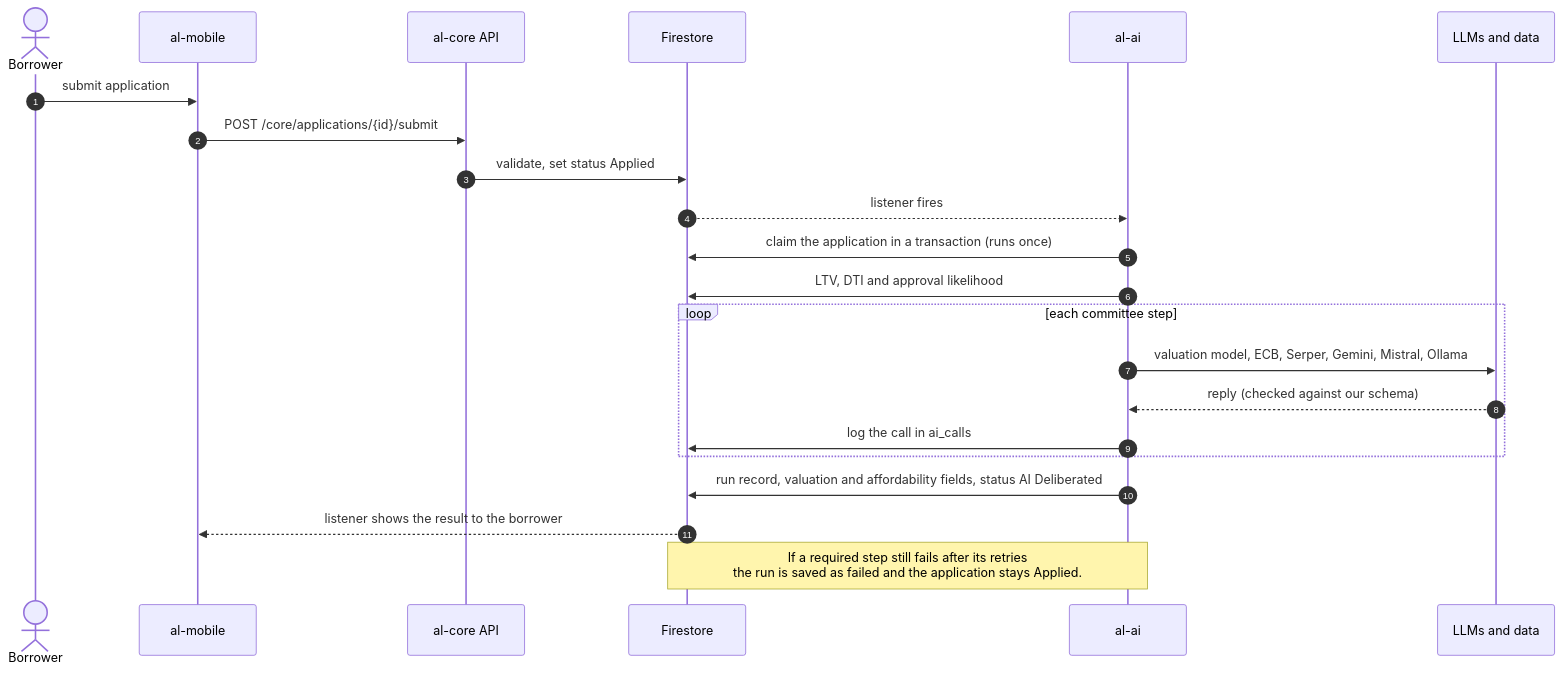
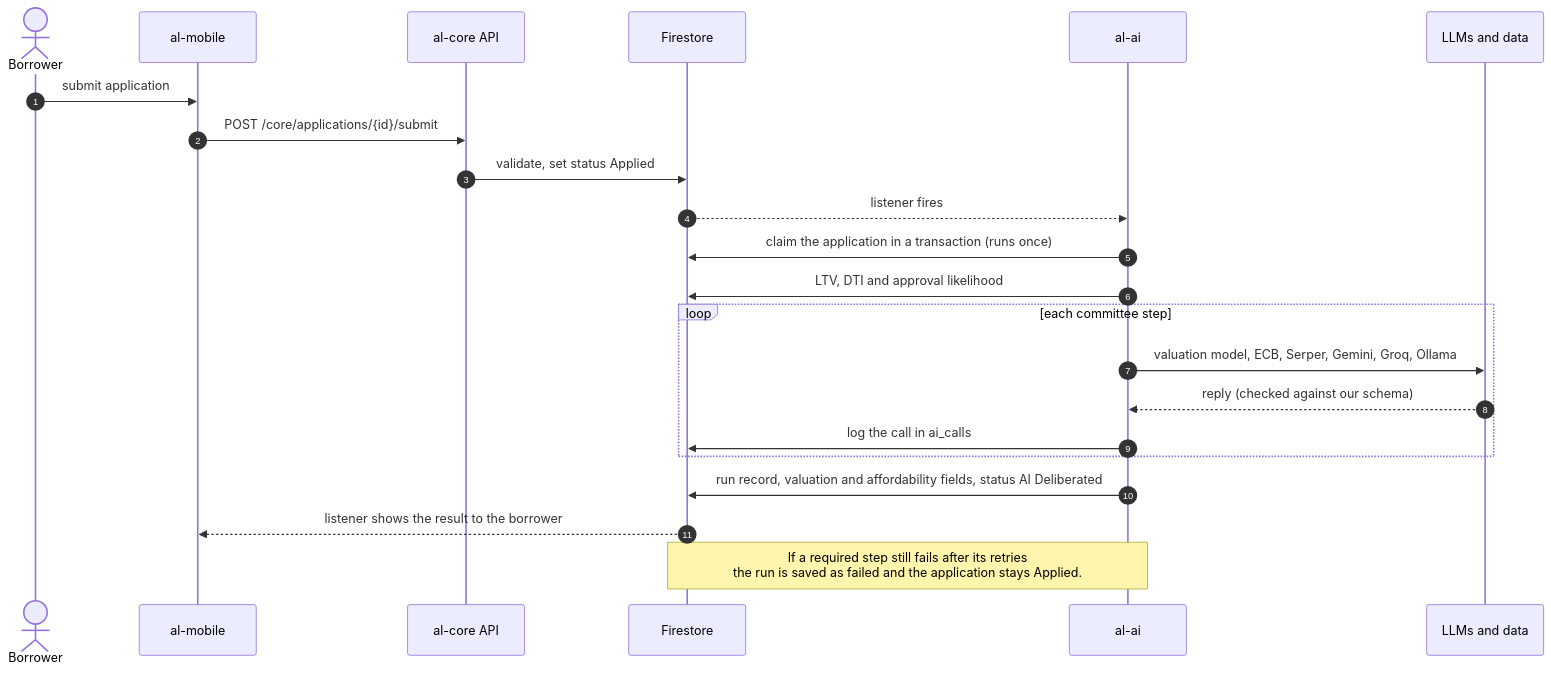
The diagram in docs/diagrams/03-flow-submit-ai-review.mmd (CS3-Agentic-Lender/agentic-lender), drawn with Mermaid before and after one commit. The commit also changed 12 other files, not shown here.

Commit message:
AL-123 record the Groq decision and make Gemini Flash-Lite the manual backup

```diff
--- a/docs/diagrams/03-flow-submit-ai-review.mmd
+++ b/docs/diagrams/03-flow-submit-ai-review.mmd
@@ -1,22 +1,22 @@
 sequenceDiagram
   autonumber
   actor B as Borrower
   participant M as al-mobile
   participant C as al-core API
   participant FS as Firestore
   participant AI as al-ai
   participant X as LLMs and data
   B->>M: submit application
   M->>C: POST /core/applications/{id}/submit
   C->>FS: validate, set status Applied
   FS-->>AI: listener fires
   AI->>FS: claim the application in a transaction (runs once)
   AI->>FS: LTV, DTI and approval likelihood
   loop each committee step
-    AI->>X: valuation model, ECB, Serper, Gemini, Mistral, Ollama
+    AI->>X: valuation model, ECB, Serper, Gemini, Groq, Ollama
     X-->>AI: reply (checked against our schema)
     AI->>FS: log the call in ai_calls
   end
   AI->>FS: run record, valuation and affordability fields, status AI Deliberated
   FS-->>M: listener shows the result to the borrower
   Note over AI,FS: If a required step still fails after its retries<br/>the run is saved as failed and the application stays Applied.
```
